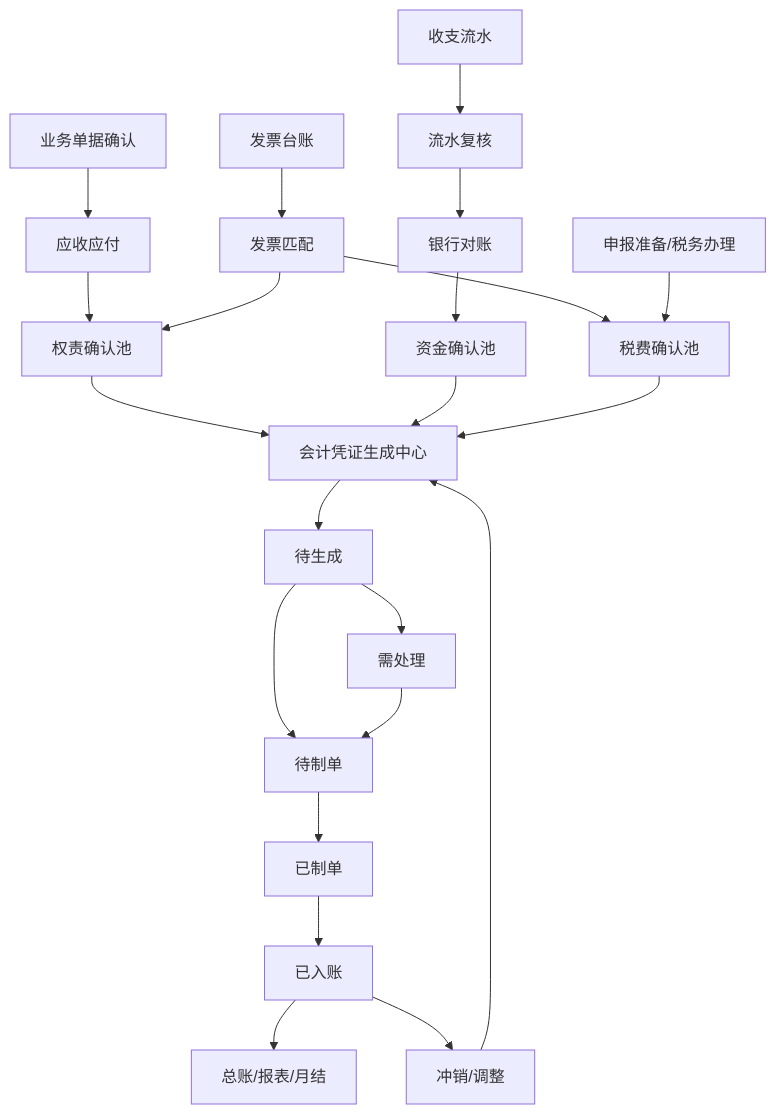
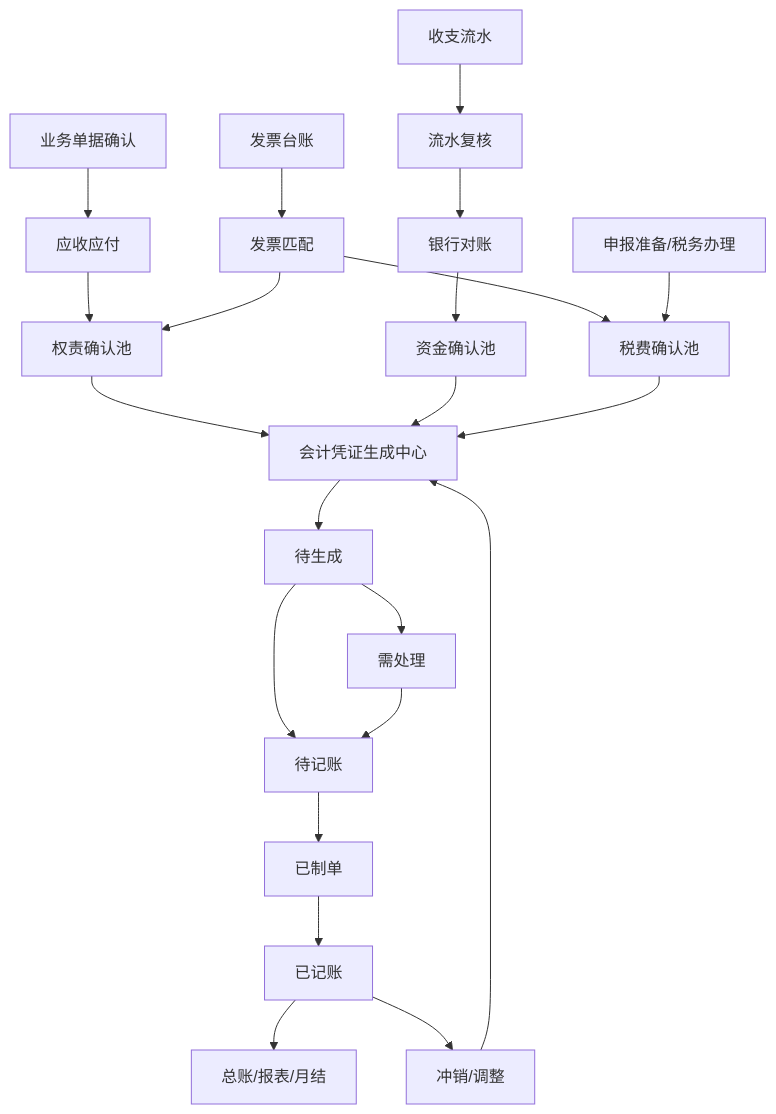
One commit to coffeecoproject/DesignManageWebProject changed the diagram in docs/governance/finance-accounting-voucher-full-workflow-plan-v1.md. Above: the diagram before and after it, drawn with Mermaid. The commit also changed other lines of this file and 297 other files, not shown here.

````diff
--- a/docs/governance/finance-accounting-voucher-full-workflow-plan-v1.md
+++ b/docs/governance/finance-accounting-voucher-full-workflow-plan-v1.md
@@ -230,24 +235,24 @@
 ```mermaid
 flowchart TD
   A["业务单据确认"] --> B["应收应付"]
   B --> C["权责确认池"]
   D["发票台账"] --> E["发票匹配"]
   E --> C
   E --> K["税费确认池"]
   F["收支流水"] --> G["流水复核"]
   G --> H["银行对账"]
   H --> I["资金确认池"]
   J["申报准备/税务办理"] --> K
   C --> L["会计凭证生成中心"]
   I --> L
   K --> L
   L --> M["待生成"]
   M --> N["需处理"]
-  M --> O["待制单"]
+  M --> O["待记账"]
   N --> O
   O --> P["已制单"]
-  P --> Q["已入账"]
+  P --> Q["已记账"]
   Q --> S["总账/报表/月结"]
   Q --> R["冲销/调整"]
   R --> L
 ```
````
